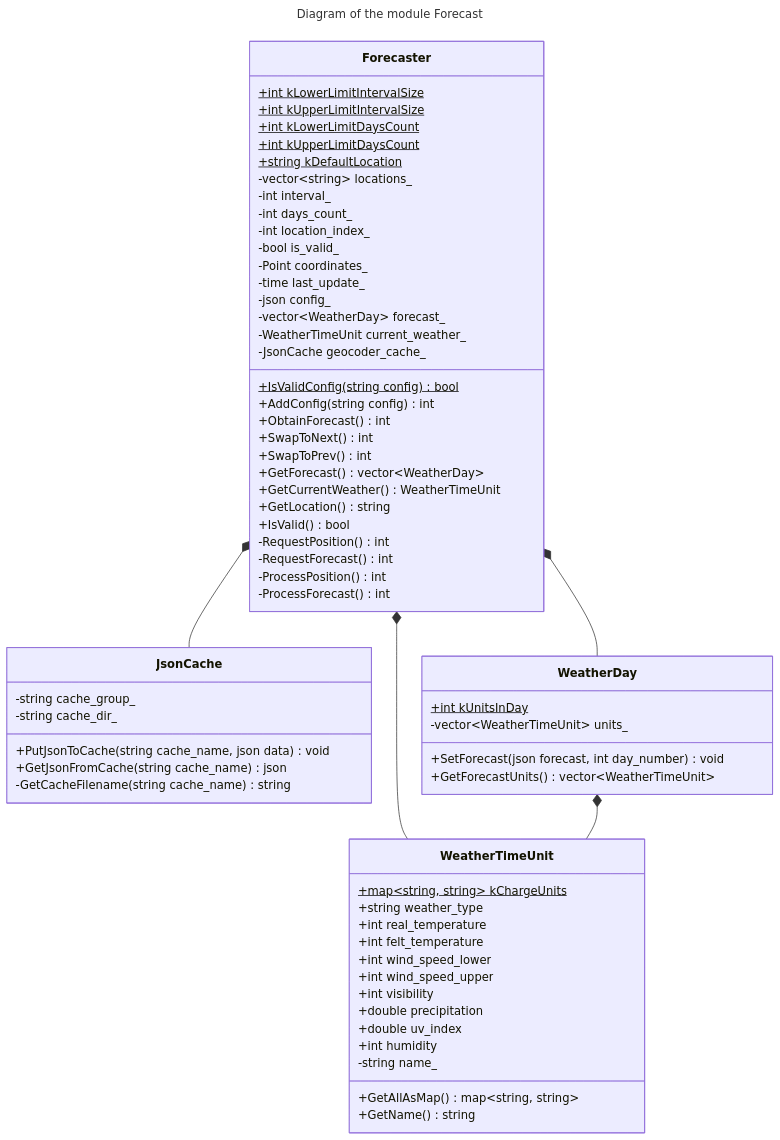
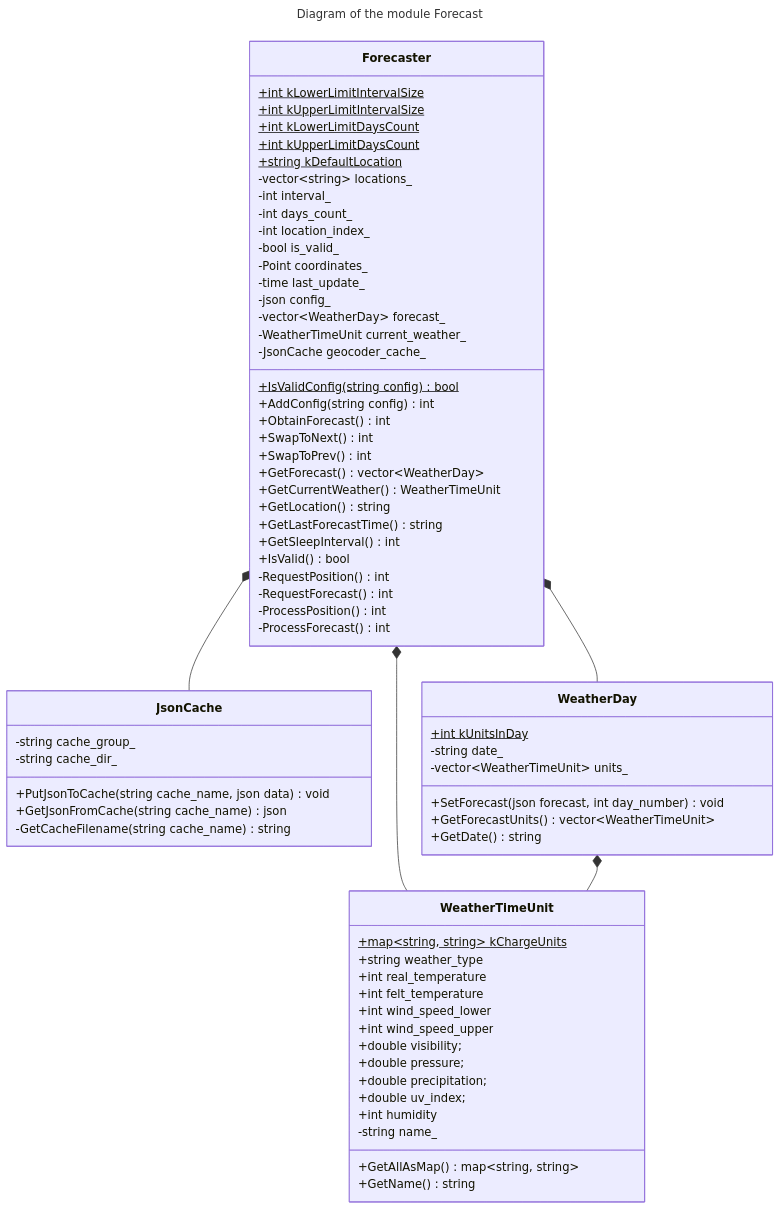
One commit to bialger/weather-forecast changed the third of 4 diagrams in docs/dev/architecture.md. Above: the diagram before and after it, drawn with Mermaid.

Commit message:
Updated Forecast UML diargam

````diff
--- a/docs/dev/architecture.md
+++ b/docs/dev/architecture.md
@@ -102,76 +102,81 @@
 ```mermaid
 ---
 title: Diagram of the module Forecast
 ---
 %%{
   init: {
     'theme': 'base',
     'classDiagram': { 'curve': 'linear' },
   }
 }%%
 classDiagram
   direction TB
   class Forecaster {
     +int kLowerLimitIntervalSize$
     +int kUpperLimitIntervalSize$
     +int kLowerLimitDaysCount$
     +int kUpperLimitDaysCount$
     +string kDefaultLocation$
     -vector~string~ locations_
     -int interval_
     -int days_count_
     -int location_index_
     -bool is_valid_
     -Point coordinates_
     -time last_update_
     -json config_
     -vector~WeatherDay~ forecast_
     -WeatherTimeUnit current_weather_
     -JsonCache geocoder_cache_
     +IsValidConfig(string config)$ bool
     +AddConfig(string config) int
     +ObtainForecast() int
     +SwapToNext() int
     +SwapToPrev() int
     +GetForecast() vector~WeatherDay~
     +GetCurrentWeather() WeatherTimeUnit
     +GetLocation() string
+    +GetLastForecastTime() string
+    +GetSleepInterval() int
     +IsValid() bool
     -RequestPosition() int
     -RequestForecast() int
     -ProcessPosition() int
     -ProcessForecast() int
   }
   class JsonCache {
     -string cache_group_
     -string cache_dir_
     +PutJsonToCache(string cache_name, json data) void
     +GetJsonFromCache(string cache_name) json
     -GetCacheFilename(string cache_name) string
   }
   class WeatherDay {
     +int kUnitsInDay$
+    -string date_
     -vector~WeatherTimeUnit~ units_
     +SetForecast(json forecast, int day_number) void
     +GetForecastUnits() vector~WeatherTimeUnit~
+    +GetDate() string
   }
   class WeatherTimeUnit {
     +map~string, string~ kChargeUnits$
     +string weather_type
     +int real_temperature
     +int felt_temperature
     +int wind_speed_lower
     +int wind_speed_upper
-    +int visibility
-    +double precipitation
-    +double uv_index
+    +double visibility;
+    +double pressure;
+    +double precipitation;
+    +double uv_index;
     +int humidity
     -string name_
     +GetAllAsMap() map~string, string~
     +GetName() string
   }
   Forecaster *-- WeatherDay
   Forecaster *-- WeatherTimeUnit
   Forecaster *-- JsonCache
   WeatherDay *-- WeatherTimeUnit
 ```
````
